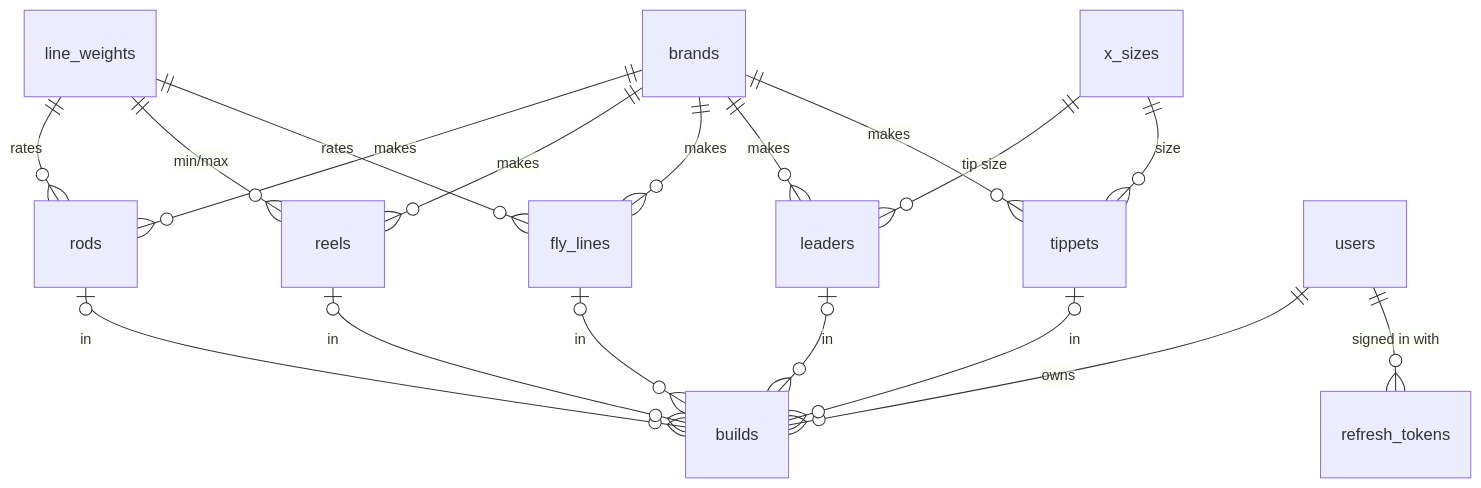
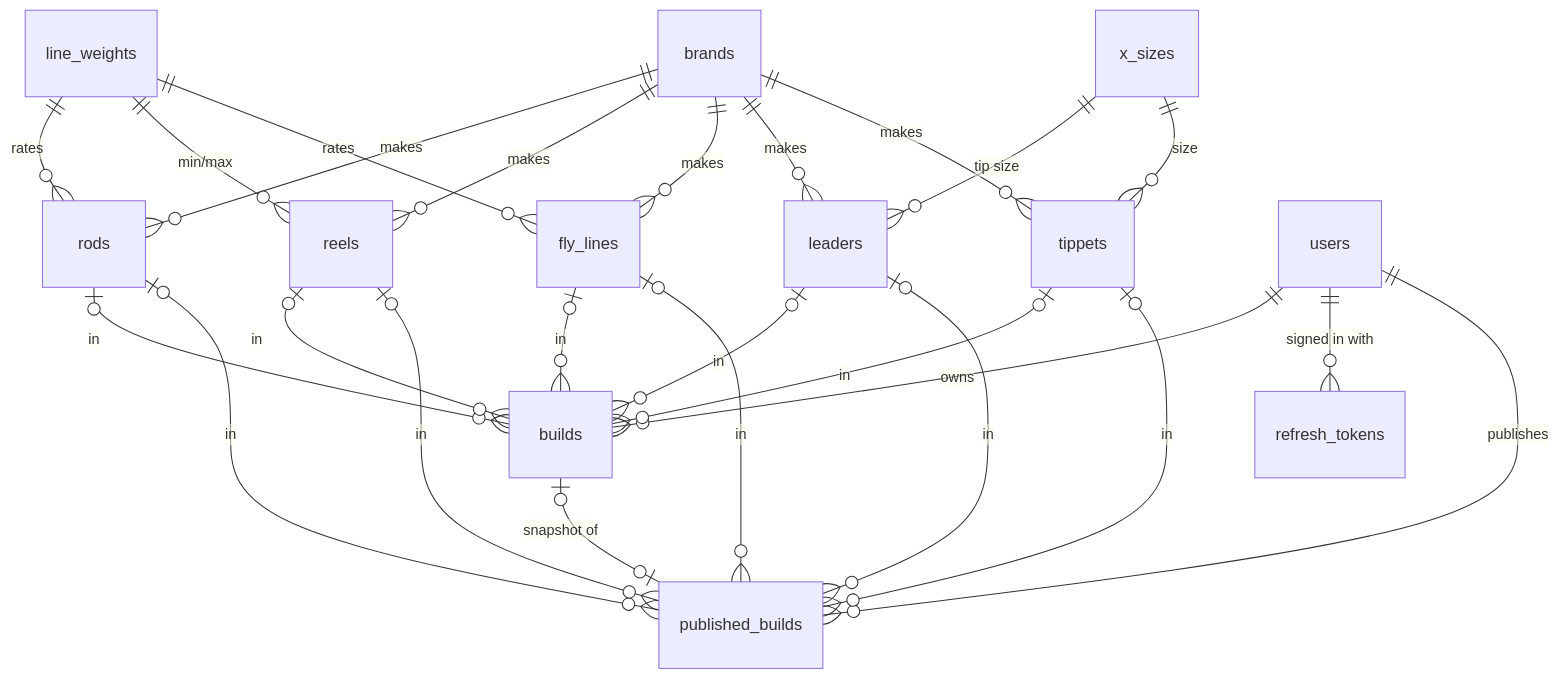
Before and after one commit to Alchabom/RodPartPicker: the diagram in docs/database/schema-design.md, drawn with Mermaid. The commit also changed other lines of this file and 6 other files, not shown here.

````diff
--- a/docs/database/schema-design.md
+++ b/docs/database/schema-design.md
@@ -88,20 +88,27 @@
 ```mermaid
 erDiagram
   brands ||--o{ rods : makes
   brands ||--o{ reels : makes
   brands ||--o{ fly_lines : makes
   brands ||--o{ leaders : makes
   brands ||--o{ tippets : makes
   line_weights ||--o{ rods : rates
   line_weights ||--o{ reels : "min/max"
   line_weights ||--o{ fly_lines : rates
   x_sizes ||--o{ leaders : "tip size"
   x_sizes ||--o{ tippets : size
   users ||--o{ builds : owns
   rods |o--o{ builds : in
   reels |o--o{ builds : in
   fly_lines |o--o{ builds : in
   leaders |o--o{ builds : in
   tippets |o--o{ builds : in
   users ||--o{ refresh_tokens : "signed in with"
+  users ||--o{ published_builds : publishes
+  builds |o--o| published_builds : "snapshot of"
+  rods |o--o{ published_builds : in
+  reels |o--o{ published_builds : in
+  fly_lines |o--o{ published_builds : in
+  leaders |o--o{ published_builds : in
+  tippets |o--o{ published_builds : in
 ```
````
